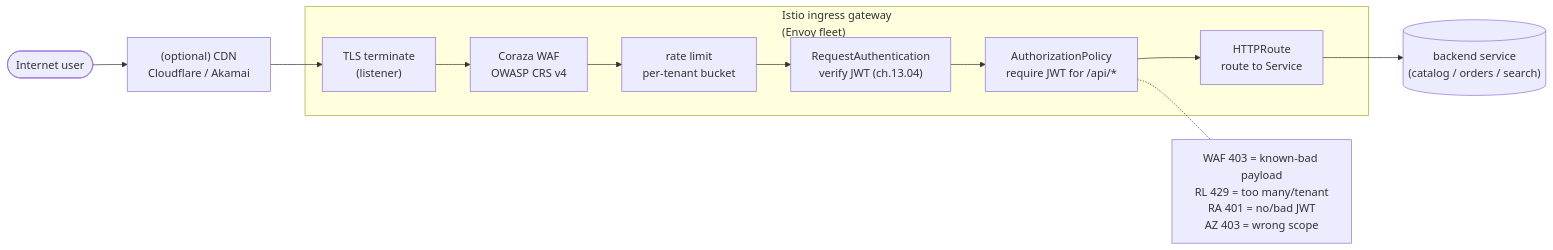
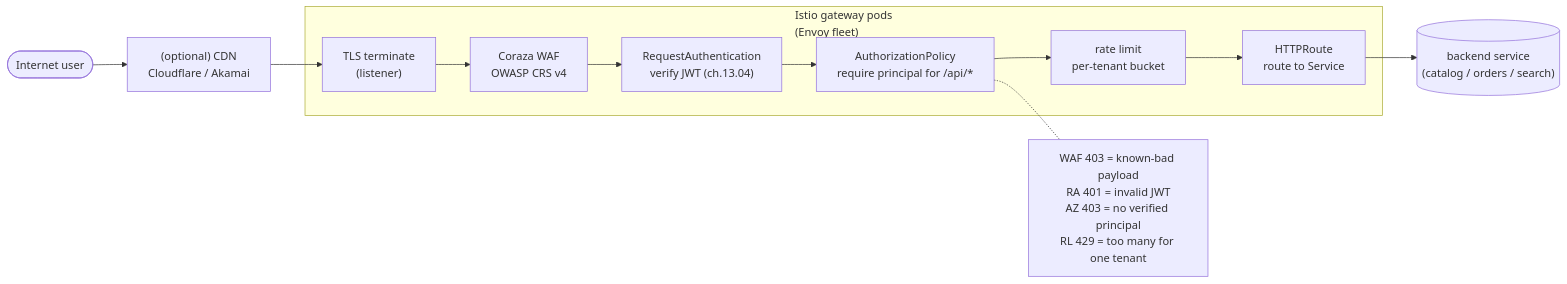
Before and after one commit to abd-ulbasit/bookstore-kubernetes-guide: the diagram in full-guide/13-grand-capstone-bookstore-platform/07-edge-gateway-waf-rate-limiting.md, drawn with Mermaid. The commit also changed other lines of this file and 6 other files, not shown here.

First line of the commit message:
13.07: edge CA via cert-manager, WasmPlugin WAF, tenant rate limit fixes

````diff
--- a/full-guide/13-grand-capstone-bookstore-platform/07-edge-gateway-waf-rate-limiting.md
+++ b/full-guide/13-grand-capstone-bookstore-platform/07-edge-gateway-waf-rate-limiting.md
@@ -132,21 +147,21 @@
 ```mermaid
 flowchart LR
     user(["Internet user"])
     cdn["(optional) CDN<br/>Cloudflare / Akamai"]
 
-    subgraph gw["Istio ingress gateway<br/>(Envoy fleet)"]
+    subgraph gw["Istio gateway pods<br/>(Envoy fleet)"]
       l1["TLS terminate<br/>(listener)"]
       l2["Coraza WAF<br/>OWASP CRS v4"]
-      l3["rate limit<br/>per-tenant bucket"]
-      l4["RequestAuthentication<br/>verify JWT (ch.13.04)"]
-      l5["AuthorizationPolicy<br/>require JWT for /api/*"]
+      l3["RequestAuthentication<br/>verify JWT (ch.13.04)"]
+      l4["AuthorizationPolicy<br/>require principal for /api/*"]
+      l5["rate limit<br/>per-tenant bucket"]
       l6["HTTPRoute<br/>route to Service"]
     end
 
     svc[("backend service<br/>(catalog / orders / search)")]
 
     user --> cdn --> l1 --> l2 --> l3 --> l4 --> l5 --> l6 --> svc
 
-    note["WAF 403 = known-bad payload<br/>RL 429 = too many/tenant<br/>RA 401 = no/bad JWT<br/>AZ 403 = wrong scope"]
-    l5 -.- note
+    note["WAF 403 = known-bad payload<br/>RA 401 = invalid JWT<br/>AZ 403 = no verified principal<br/>RL 429 = too many for one tenant"]
+    l4 -.- note
 ```
````
